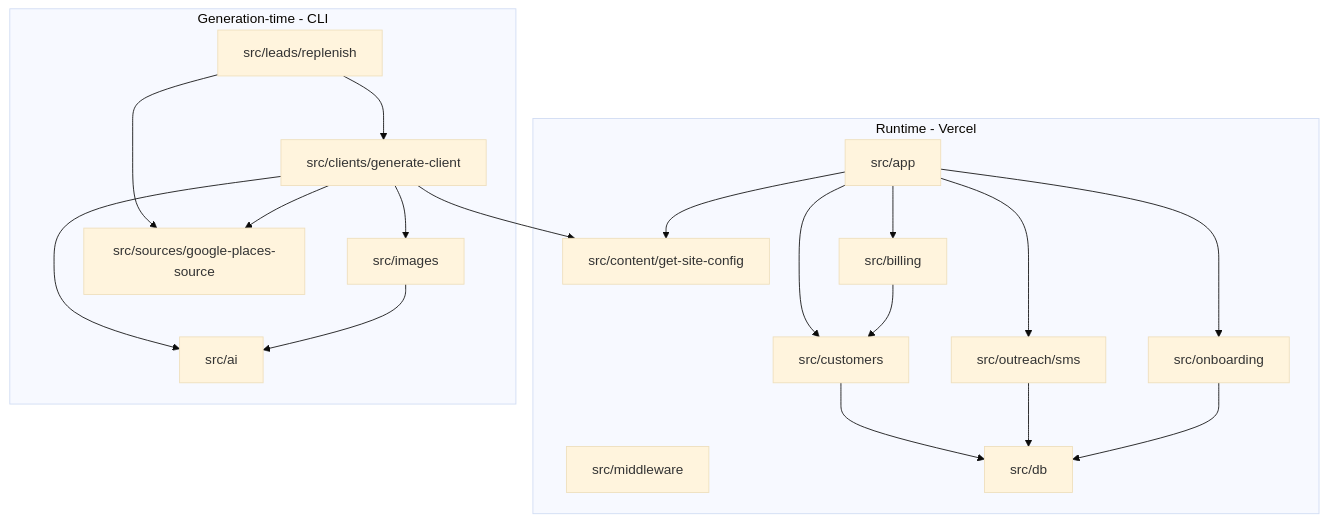
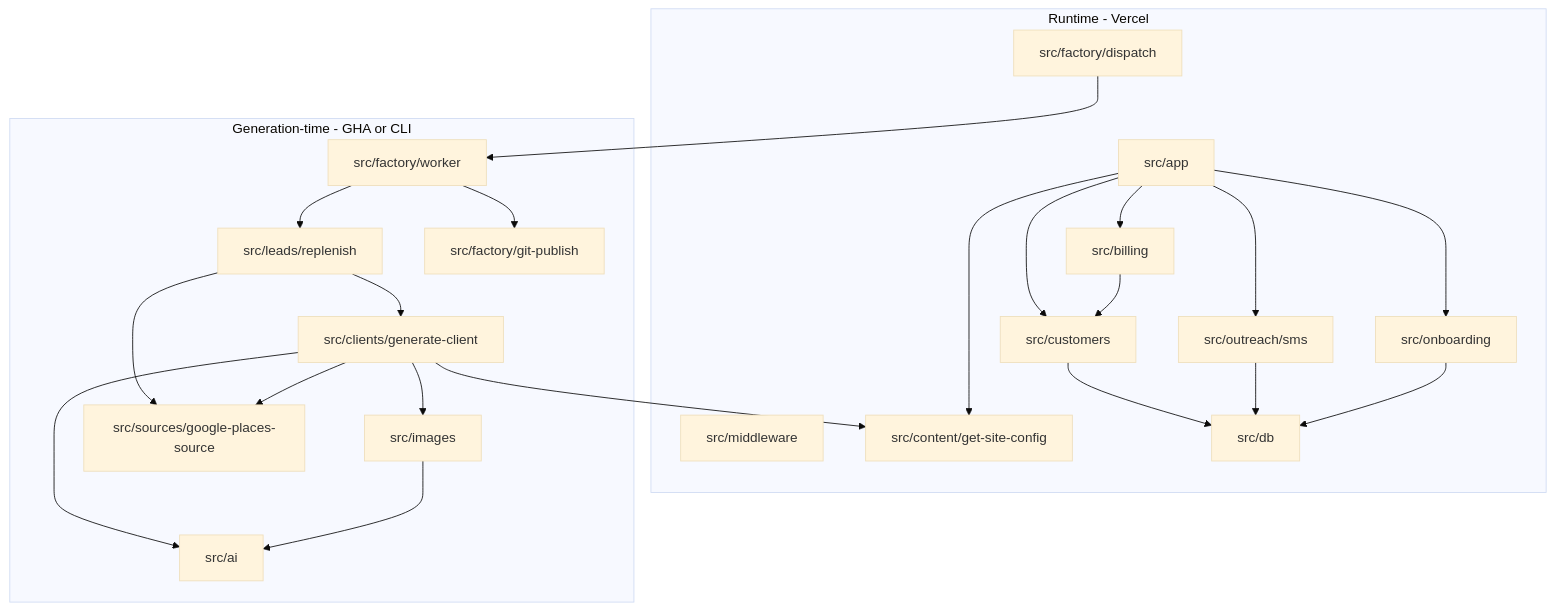
The first of 5 diagrams in docs/ARCHITECTURE.md (tadejss/ai-websites), drawn with Mermaid (base theme) before and after one commit. The commit also changed other lines of this file and 16 other files, not shown here.

````diff
--- a/docs/ARCHITECTURE.md
+++ b/docs/ARCHITECTURE.md
@@ -268,39 +306,45 @@
 ```mermaid
 flowchart TB
   subgraph runtime [Runtime - Vercel]
     APP[src/app]
     MW[src/middleware]
     CONTENT[src/content/get-site-config]
     BILLING[src/billing]
     CUSTOMERS[src/customers]
     DB[src/db]
     SMS[src/outreach/sms]
     ONBOARD[src/onboarding]
+    DISPATCH[src/factory/dispatch]
   end
 
-  subgraph generation [Generation-time - CLI]
+  subgraph generation [Generation-time - GHA or CLI]
+    WORKER[src/factory/worker]
     REPLENISH[src/leads/replenish]
     GEN[src/clients/generate-client]
     AI[src/ai]
     IMG[src/images]
     PLACES[src/sources/google-places-source]
+    GITPUB[src/factory/git-publish]
   end
 
   APP --> CONTENT
   APP --> BILLING
   APP --> CUSTOMERS
   APP --> SMS
   APP --> ONBOARD
   CUSTOMERS --> DB
   SMS --> DB
   ONBOARD --> DB
   BILLING --> CUSTOMERS
+  DISPATCH --> WORKER
 
+  WORKER --> REPLENISH
+  WORKER --> GITPUB
   REPLENISH --> PLACES
   REPLENISH --> GEN
   GEN --> AI
   GEN --> IMG
   GEN --> CONTENT
   GEN --> PLACES
   IMG --> AI
 ```
````
